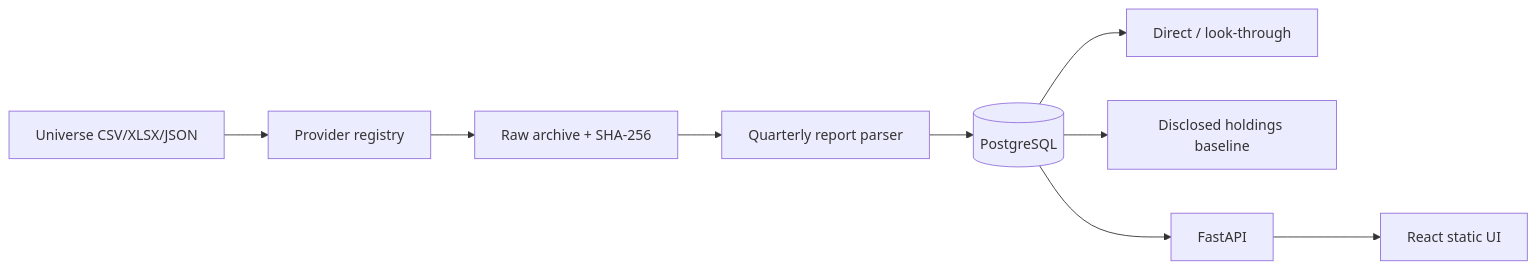
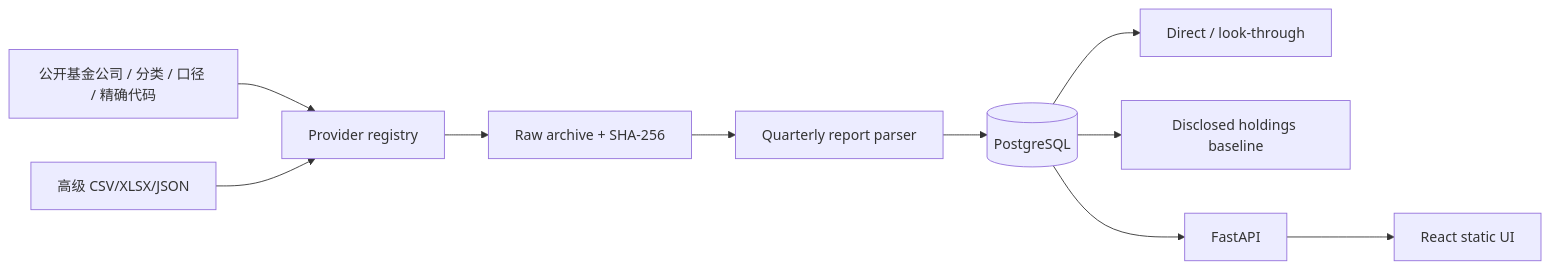
Before and after one commit to jianshi-codes/qdii-observatory: the diagram in docs/architecture.md, drawn with Mermaid. The commit also changed other lines of this file and 22 other files, not shown here.

````diff
--- a/docs/architecture.md
+++ b/docs/architecture.md
@@ -5,11 +5,12 @@
 ```mermaid
 flowchart LR
-  U["Universe CSV/XLSX/JSON"] --> P["Provider registry"]
+  C["公开基金公司 / 分类 / 口径 / 精确代码"] --> P["Provider registry"]
+  U["高级 CSV/XLSX/JSON"] --> P
   P --> A["Raw archive + SHA-256"]
   A --> R["Quarterly report parser"]
   R --> DB[(PostgreSQL)]
   DB --> L["Direct / look-through"]
   DB --> B["Disclosed holdings baseline"]
   DB --> API[FastAPI]
   API --> UI[React static UI]
 ```
````
